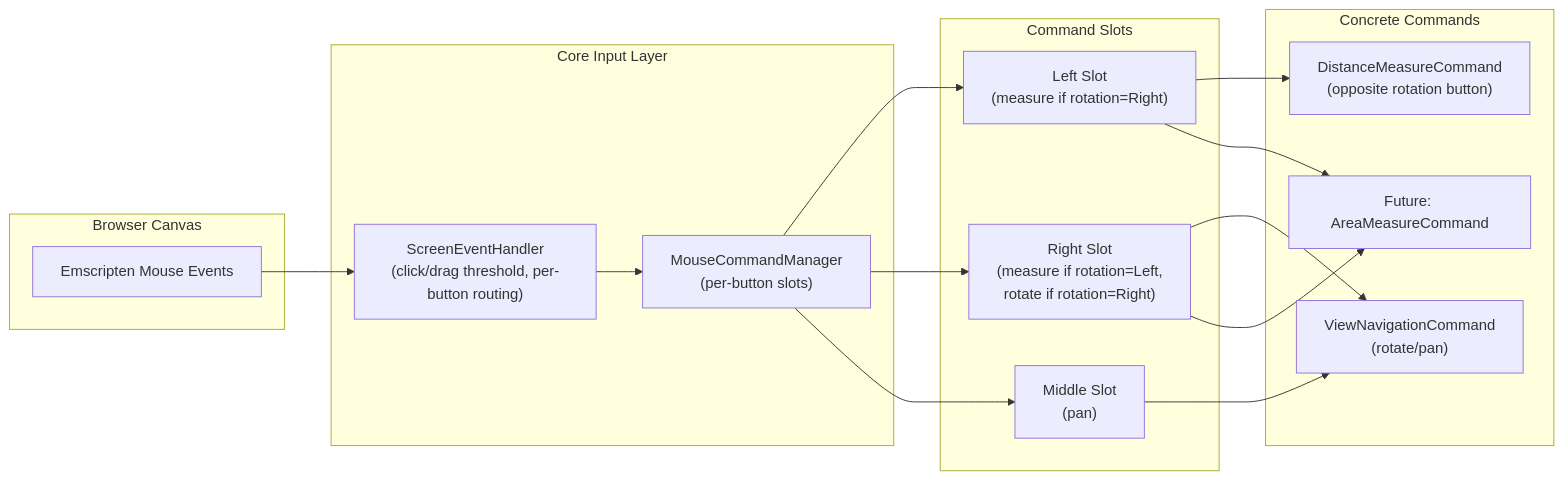
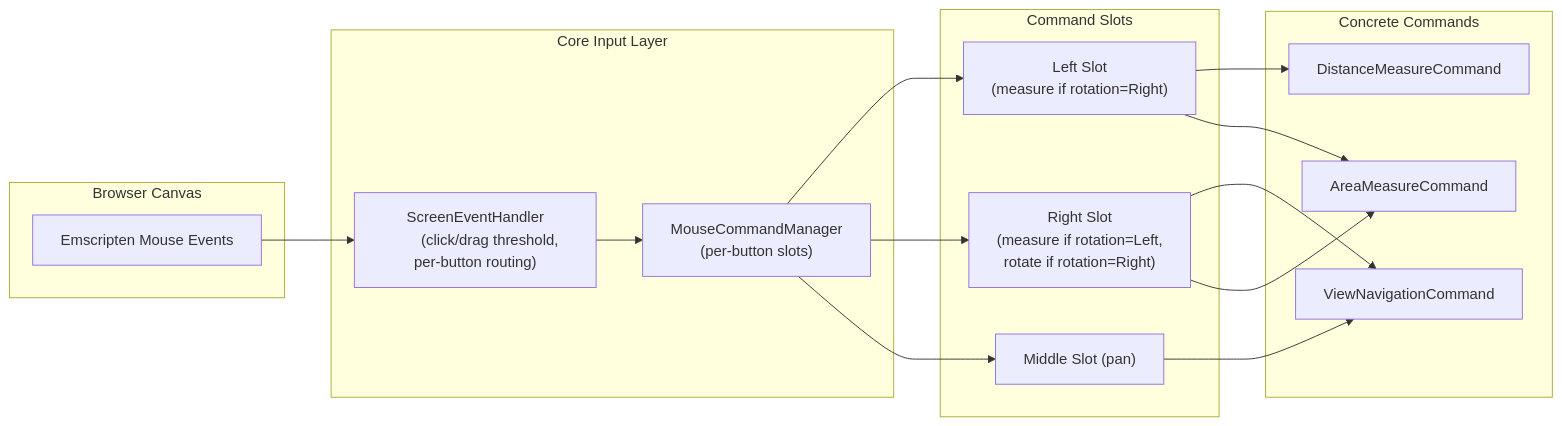
The first of 2 diagrams in GraphV3.md (vfa-khaidt1/vfa-cdn), drawn with Mermaid before and after one commit.

Commit message:
Refactor GraphV3.md for improved readability

````diff
--- a/GraphV3.md
+++ b/GraphV3.md
@@ -1,35 +1,39 @@
 ```mermaid
 flowchart LR
     subgraph Input["Browser Canvas"]
         Raw["Emscripten Mouse Events"]
     end
 
-    Raw --> Router["ScreenEventHandler\n(click/drag threshold, per-button routing)"]
+    Raw --> Router["ScreenEventHandler
+        (click/drag threshold, per-button routing)"]
 
     subgraph Core["Core Input Layer"]
-        Router --> CM["MouseCommandManager\n(per-button slots)"]
+        Router --> CM["MouseCommandManager
+            (per-button slots)"]
     end
 
     subgraph Slots["Command Slots"]
-        LSlot["Left Slot\n(measure if rotation=Right)"]
-        RSlot["Right Slot\n(measure if rotation=Left,\nrotate if rotation=Right)"]
-        MSlot["Middle Slot\n(pan)"]
+        LSlot["Left Slot
+            (measure if rotation=Right)"]
+        RSlot["Right Slot
+            (measure if rotation=Left,\nrotate if rotation=Right)"]
+        MSlot["Middle Slot (pan)"]
     end
 
     CM --> LSlot
     CM --> RSlot
     CM --> MSlot
 
     subgraph Commands["Concrete Commands"]
-        DMC["DistanceMeasureCommand\n(opposite rotation button)"]
-        VNC["ViewNavigationCommand\n(rotate/pan)"]
-        AMC["Future: AreaMeasureCommand"]
+        DMC["DistanceMeasureCommand"]
+        VNC["ViewNavigationCommand"]
+        AMC["AreaMeasureCommand"]
     end
 
     LSlot --> DMC
     RSlot --> VNC
     MSlot --> VNC
     LSlot --> AMC
     RSlot --> AMC
 
 ```
````
